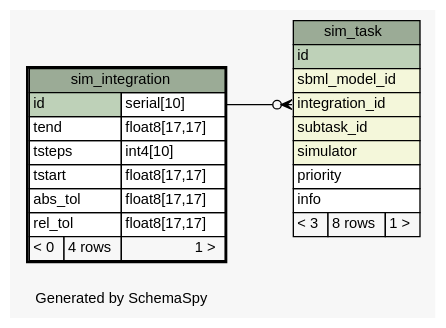
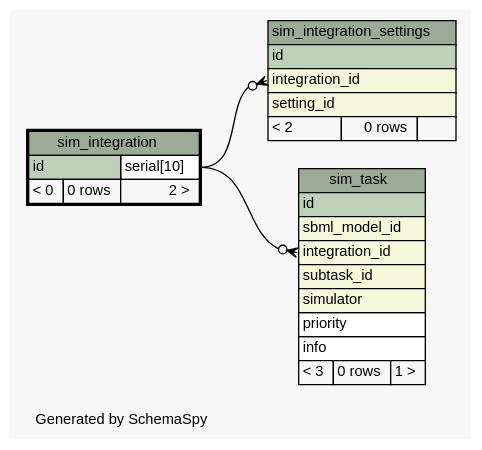
One commit to jingyayeah/multiscale-galactose changed the diagram in database/schema/diagrams/sim_integration.1degree.dot. Above: the diagram before and after it, drawn with Graphviz. The commit also changed 108 other files, not shown here.

Commit message:
Updated database schema for the general implementation of integration settings

```diff
--- a/database/schema/diagrams/sim_integration.1degree.dot
+++ b/database/schema/diagrams/sim_integration.1degree.dot
@@ -1,54 +1,62 @@
 // dot 2.26.3 on Linux 3.11.0-12-generic
 // SchemaSpy rev 590
 digraph "oneDegreeRelationshipsDiagram" {
   graph [
     rankdir="RL"
     bgcolor="#f7f7f7"
     label="\nGenerated by SchemaSpy"
     labeljust="l"
     nodesep="0.18"
     ranksep="0.46"
     fontname="Helvetica"
     fontsize="11"
   ];
   node [
     fontname="Helvetica"
     fontsize="11"
     shape="plaintext"
   ];
   edge [
     arrowsize="0.8"
   ];
+  "sim_integration_settings":"integration_id":w -> "sim_integration":"id.type":e [arrowhead=none dir=back arrowtail=crowodot];
   "sim_task":"integration_id":w -> "sim_integration":"id.type":e [arrowhead=none dir=back arrowtail=crowodot];
   "sim_integration" [
     label=<
     <TABLE BORDER="2" CELLBORDER="1" CELLSPACING="0" BGCOLOR="#ffffff">
       <TR><TD COLSPAN="3" BGCOLOR="#9bab96" ALIGN="CENTER">sim_integration</TD></TR>
       <TR><TD PORT="id" COLSPAN="2" BGCOLOR="#bed1b8" ALIGN="LEFT">id</TD><TD PORT="id.type" ALIGN="LEFT">serial[10]</TD></TR>
-      <TR><TD PORT="tend" COLSPAN="2" ALIGN="LEFT">tend</TD><TD PORT="tend.type" ALIGN="LEFT">float8[17,17]</TD></TR>
-      <TR><TD PORT="tsteps" COLSPAN="2" ALIGN="LEFT">tsteps</TD><TD PORT="tsteps.type" ALIGN="LEFT">int4[10]</TD></TR>
-      <TR><TD PORT="tstart" COLSPAN="2" ALIGN="LEFT">tstart</TD><TD PORT="tstart.type" ALIGN="LEFT">float8[17,17]</TD></TR>
-      <TR><TD PORT="abs_tol" COLSPAN="2" ALIGN="LEFT">abs_tol</TD><TD PORT="abs_tol.type" ALIGN="LEFT">float8[17,17]</TD></TR>
-      <TR><TD PORT="rel_tol" COLSPAN="2" ALIGN="LEFT">rel_tol</TD><TD PORT="rel_tol.type" ALIGN="LEFT">float8[17,17]</TD></TR>
-      <TR><TD ALIGN="LEFT" BGCOLOR="#f7f7f7">&lt; 0</TD><TD ALIGN="RIGHT" BGCOLOR="#f7f7f7">4 rows</TD><TD ALIGN="RIGHT" BGCOLOR="#f7f7f7">1 &gt;</TD></TR>
+      <TR><TD ALIGN="LEFT" BGCOLOR="#f7f7f7">&lt; 0</TD><TD ALIGN="RIGHT" BGCOLOR="#f7f7f7">0 rows</TD><TD ALIGN="RIGHT" BGCOLOR="#f7f7f7">2 &gt;</TD></TR>
     </TABLE>>
     URL="sim_integration.html"
     tooltip="sim_integration"
+  ];
+  "sim_integration_settings" [
+    label=<
+    <TABLE BORDER="0" CELLBORDER="1" CELLSPACING="0" BGCOLOR="#ffffff">
+      <TR><TD COLSPAN="3" BGCOLOR="#9bab96" ALIGN="CENTER">sim_integration_settings</TD></TR>
+      <TR><TD PORT="id" COLSPAN="3" BGCOLOR="#bed1b8" ALIGN="LEFT">id</TD></TR>
+      <TR><TD PORT="integration_id" COLSPAN="3" BGCOLOR="#f4f7da" ALIGN="LEFT">integration_id</TD></TR>
+      <TR><TD PORT="setting_id" COLSPAN="3" BGCOLOR="#f4f7da" ALIGN="LEFT">setting_id</TD></TR>
+      <TR><TD ALIGN="LEFT" BGCOLOR="#f7f7f7">&lt; 2</TD><TD ALIGN="RIGHT" BGCOLOR="#f7f7f7">0 rows</TD><TD ALIGN="RIGHT" BGCOLOR="#f7f7f7">  </TD></TR>
+    </TABLE>>
+    URL="sim_integration_settings.html"
+    tooltip="sim_integration_settings"
   ];
   "sim_task" [
     label=<
     <TABLE BORDER="0" CELLBORDER="1" CELLSPACING="0" BGCOLOR="#ffffff">
       <TR><TD COLSPAN="3" BGCOLOR="#9bab96" ALIGN="CENTER">sim_task</TD></TR>
       <TR><TD PORT="id" COLSPAN="3" BGCOLOR="#bed1b8" ALIGN="LEFT">id</TD></TR>
       <TR><TD PORT="sbml_model_id" COLSPAN="3" BGCOLOR="#f4f7da" ALIGN="LEFT">sbml_model_id</TD></TR>
       <TR><TD PORT="integration_id" COLSPAN="3" BGCOLOR="#f4f7da" ALIGN="LEFT">integration_id</TD></TR>
       <TR><TD PORT="subtask_id" COLSPAN="3" BGCOLOR="#f4f7da" ALIGN="LEFT">subtask_id</TD></TR>
       <TR><TD PORT="simulator" COLSPAN="3" BGCOLOR="#f4f7da" ALIGN="LEFT">simulator</TD></TR>
       <TR><TD PORT="priority" COLSPAN="3" ALIGN="LEFT">priority</TD></TR>
       <TR><TD PORT="info" COLSPAN="3" ALIGN="LEFT">info</TD></TR>
-      <TR><TD ALIGN="LEFT" BGCOLOR="#f7f7f7">&lt; 3</TD><TD ALIGN="RIGHT" BGCOLOR="#f7f7f7">8 rows</TD><TD ALIGN="RIGHT" BGCOLOR="#f7f7f7">1 &gt;</TD></TR>
+      <TR><TD ALIGN="LEFT" BGCOLOR="#f7f7f7">&lt; 3</TD><TD ALIGN="RIGHT" BGCOLOR="#f7f7f7">0 rows</TD><TD ALIGN="RIGHT" BGCOLOR="#f7f7f7">1 &gt;</TD></TR>
     </TABLE>>
     URL="sim_task.html"
     tooltip="sim_task"
   ];
 }
```
